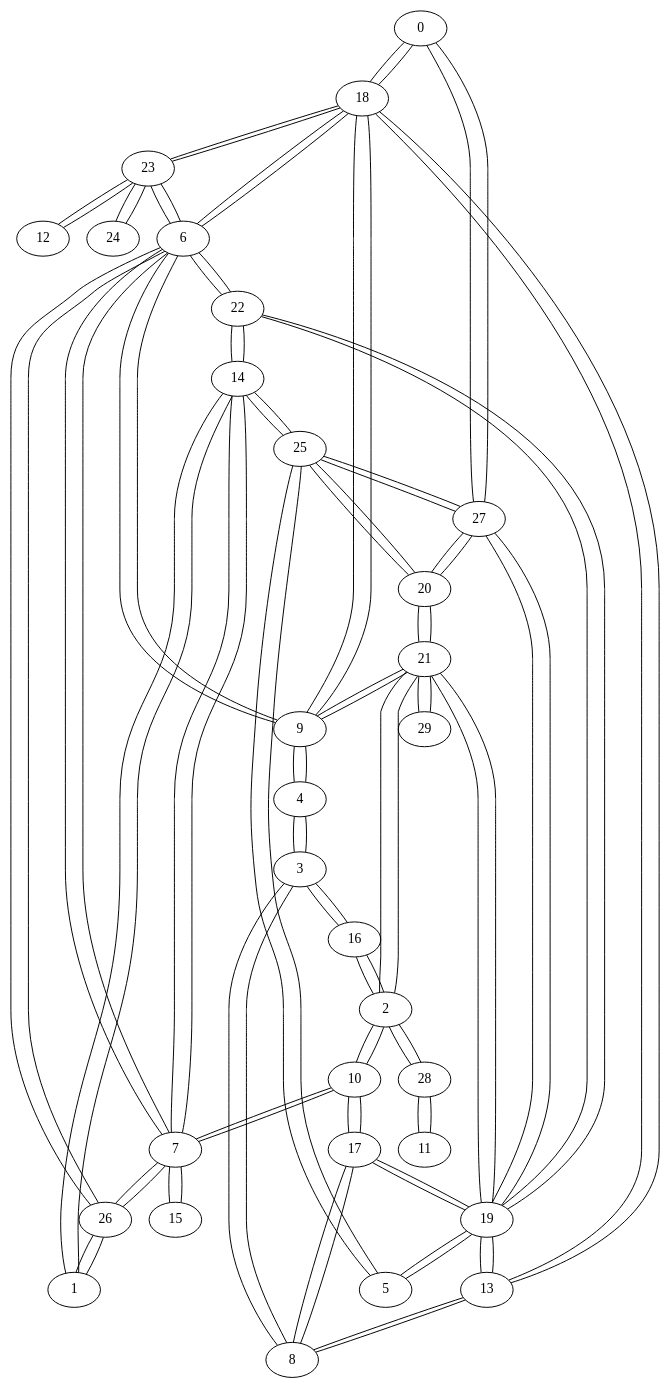
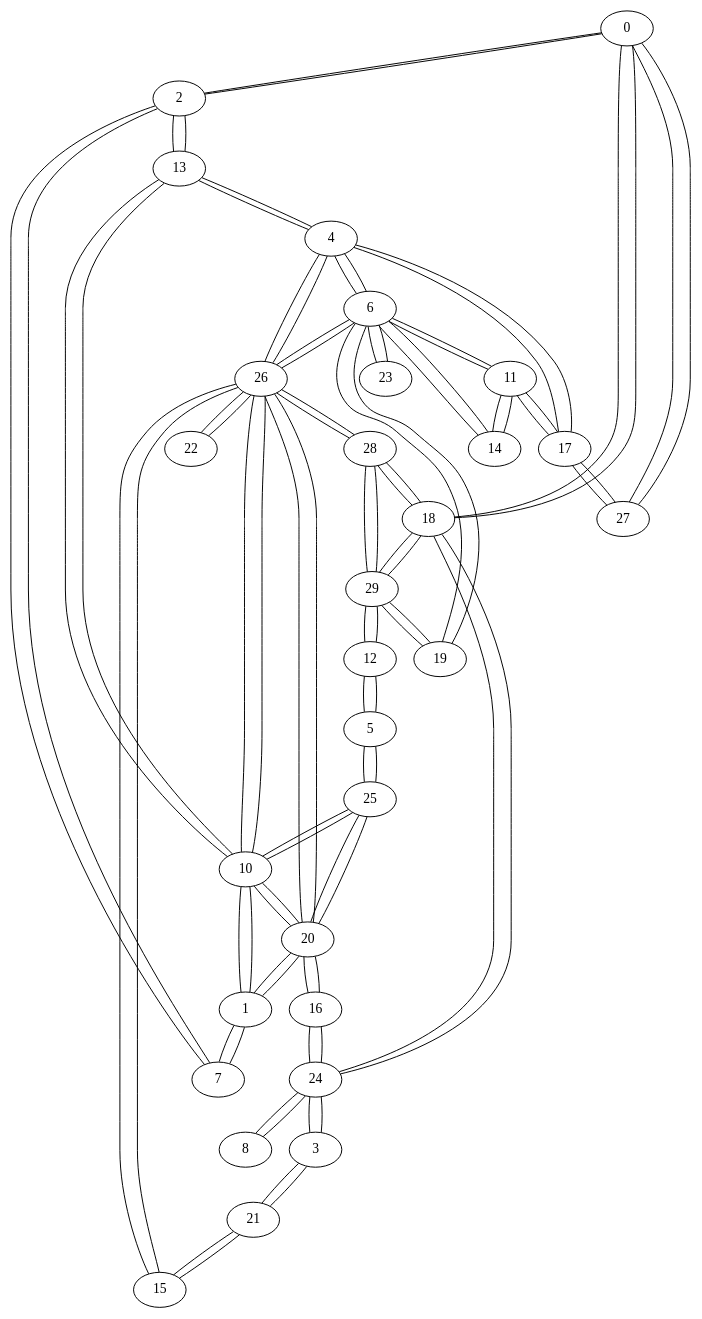
The diagram in grafo_geo30.gv (GusRojas/Grafos2DAA_A24), drawn with Graphviz before and after one commit. The commit also changed 41 other files, not shown here.

```diff
--- a/grafo_geo30.gv
+++ b/grafo_geo30.gv
@@ -1,94 +1,88 @@
 graph {
+  0 -- 2;
   0 -- 18;
   0 -- 27;
+  2 -- 0;
+  2 -- 7;
+  2 -- 13;
   18 -- 0;
-  18 -- 6;
-  18 -- 9;
-  18 -- 13;
-  18 -- 23;
+  18 -- 24;
+  18 -- 28;
+  18 -- 29;
   27 -- 0;
-  27 -- 19;
-  27 -- 20;
-  27 -- 25;
-  1 -- 14;
-  1 -- 26;
-  14 -- 1;
-  14 -- 7;
-  14 -- 22;
-  14 -- 25;
-  26 -- 1;
-  26 -- 6;
-  26 -- 7;
-  2 -- 10;
-  2 -- 16;
-  2 -- 21;
-  2 -- 28;
-  10 -- 2;
-  10 -- 7;
-  10 -- 17;
-  16 -- 2;
-  16 -- 3;
-  21 -- 2;
-  21 -- 9;
-  21 -- 19;
-  21 -- 20;
-  21 -- 29;
-  28 -- 2;
-  28 -- 11;
-  3 -- 4;
-  3 -- 8;
-  3 -- 16;
-  4 -- 3;
-  4 -- 9;
-  8 -- 3;
-  8 -- 13;
-  8 -- 17;
-  9 -- 4;
-  9 -- 6;
-  9 -- 18;
-  9 -- 21;
-  5 -- 19;
-  5 -- 25;
-  19 -- 5;
-  19 -- 13;
-  19 -- 17;
-  19 -- 21;
-  19 -- 22;
-  19 -- 27;
-  25 -- 5;
-  25 -- 14;
-  25 -- 20;
-  25 -- 27;
-  6 -- 7;
-  6 -- 9;
-  6 -- 18;
-  6 -- 22;
+  27 -- 17;
+  1 -- 7;
+  1 -- 10;
+  1 -- 20;
+  7 -- 1;
+  7 -- 2;
+  10 -- 1;
+  10 -- 13;
+  10 -- 20;
+  10 -- 25;
+  10 -- 26;
+  20 -- 1;
+  20 -- 10;
+  20 -- 16;
+  20 -- 25;
+  20 -- 26;
+  13 -- 2;
+  13 -- 4;
+  13 -- 10;
+  3 -- 21;
+  3 -- 24;
+  21 -- 3;
+  21 -- 15;
+  24 -- 3;
+  24 -- 8;
+  24 -- 16;
+  24 -- 18;
+  4 -- 6;
+  4 -- 13;
+  4 -- 17;
+  4 -- 26;
+  6 -- 4;
+  6 -- 11;
+  6 -- 14;
+  6 -- 19;
   6 -- 23;
   6 -- 26;
-  7 -- 6;
-  7 -- 10;
-  7 -- 14;
-  7 -- 15;
-  7 -- 26;
-  22 -- 6;
-  22 -- 14;
-  22 -- 19;
+  17 -- 4;
+  17 -- 11;
+  17 -- 27;
+  26 -- 4;
+  26 -- 6;
+  26 -- 10;
+  26 -- 15;
+  26 -- 20;
+  26 -- 22;
+  26 -- 28;
+  5 -- 12;
+  5 -- 25;
+  12 -- 5;
+  12 -- 29;
+  25 -- 5;
+  25 -- 10;
+  25 -- 20;
+  11 -- 6;
+  11 -- 14;
+  11 -- 17;
+  14 -- 6;
+  14 -- 11;
+  19 -- 6;
+  19 -- 29;
   23 -- 6;
-  23 -- 12;
-  23 -- 18;
-  23 -- 24;
-  15 -- 7;
-  13 -- 8;
-  13 -- 18;
-  13 -- 19;
-  17 -- 8;
-  17 -- 10;
-  17 -- 19;
-  11 -- 28;
-  12 -- 23;
-  20 -- 21;
-  20 -- 25;
-  20 -- 27;
-  29 -- 21;
-  24 -- 23;
+  8 -- 24;
+  29 -- 12;
+  29 -- 18;
+  29 -- 19;
+  29 -- 28;
+  15 -- 21;
+  15 -- 26;
+  16 -- 20;
+  16 -- 24;
+  28 -- 18;
+  28 -- 26;
+  28 -- 29;
+  22 -- 26;
 }
```
